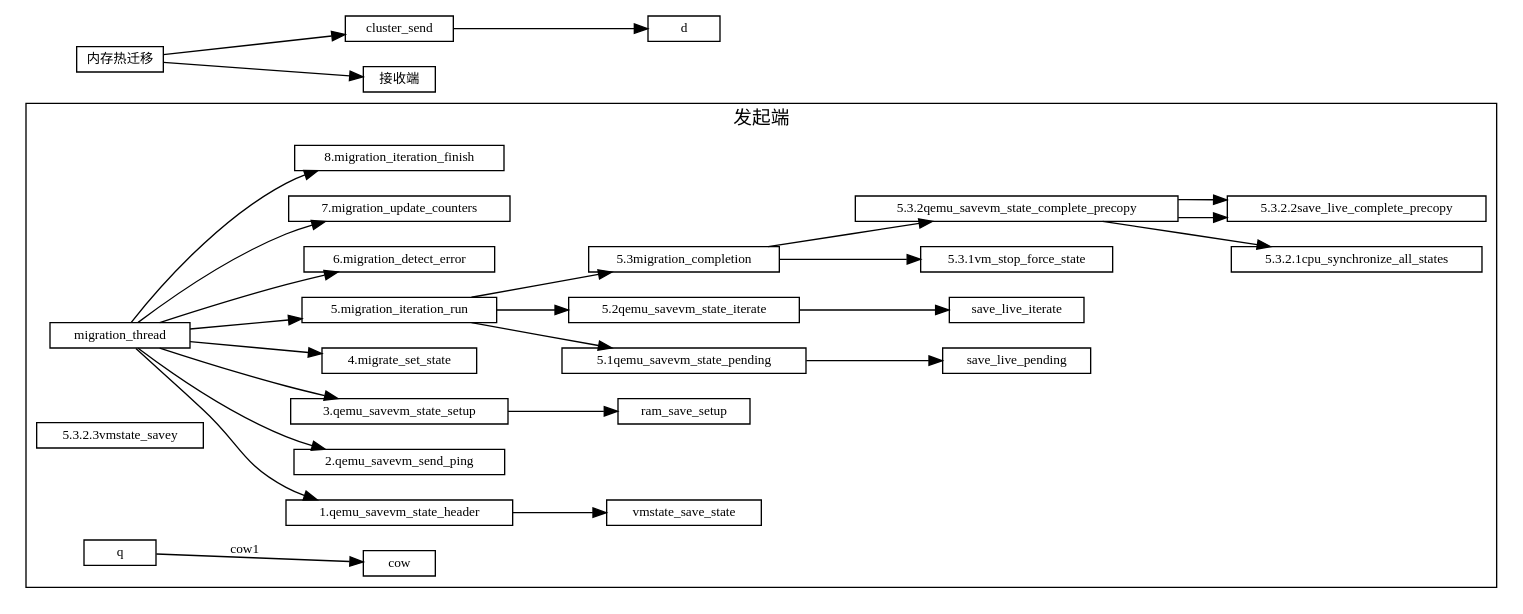
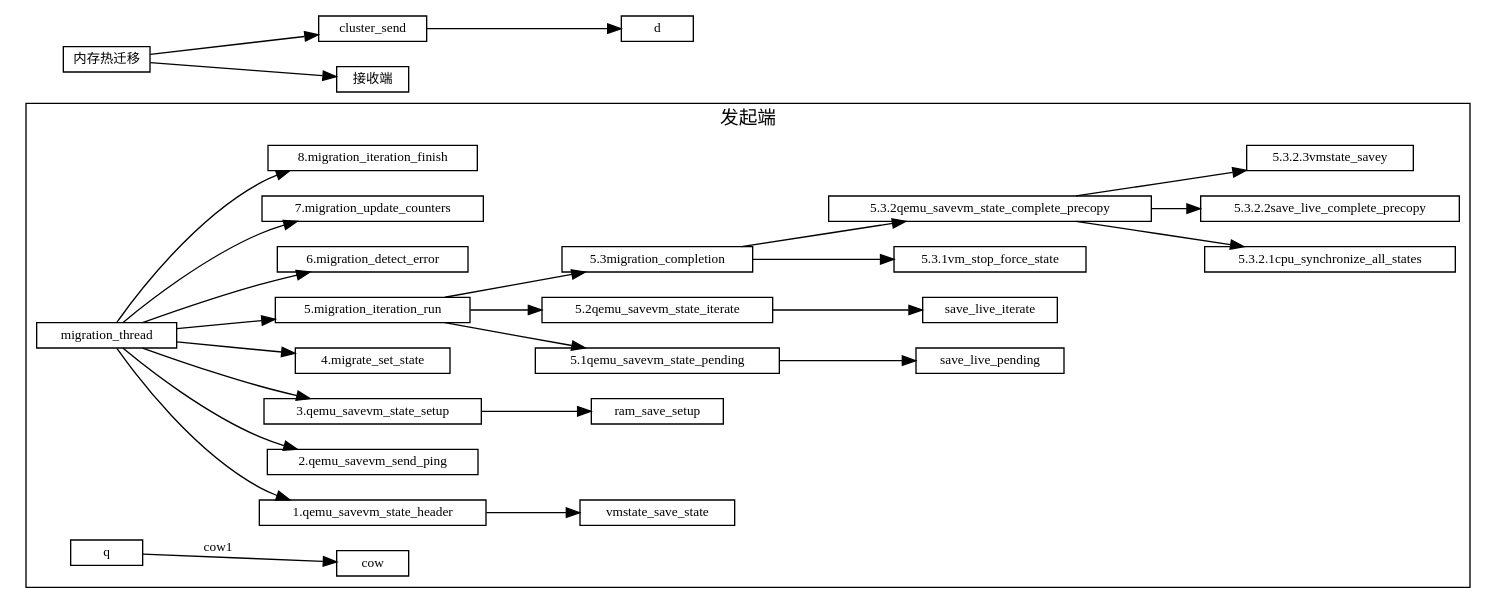
One commit to sisyphus1212/note changed the diagram in 虚拟化/热迁移/1-内存热迁移.md. Above: the diagram before and after it, drawn with Graphviz.

Commit message:
auto_update

````diff
--- a/虚拟化/热迁移/1-内存热迁移.md
+++ b/虚拟化/热迁移/1-内存热迁移.md
@@ -11,66 +11,66 @@
 ```graphviz
 digraph {
 fontname="Helvetica,Arial,sans-serif"
 //node [fontname="Helvetica,Arial,sans-serif"]
 //edge [fontname="Helvetica,Arial,sans-serif"]
 rankdir="LR"
 node [fontsize=10, shape=record, height=0.25]
 edge [fontsize=10]
   subgraph send {
     cluster=true;
     label="发起端";
     qemu_savevm_state_header[label="1.qemu_savevm_state_header"];
     qemu_savevm_send_ping[label="2.qemu_savevm_send_ping"];
     qemu_savevm_state_setup[label="3.qemu_savevm_state_setup"];
     migrate_set_state[label="4.migrate_set_state"];
     migration_iteration_run[label="5.migration_iteration_run"];
 
     migration_detect_error[label="6.migration_detect_error"];
     migration_update_counters[label="7.migration_update_counters"];
     migration_iteration_finish[label="8.migration_iteration_finish"];
 
     migration_thread -> qemu_savevm_state_header
                      -> vmstate_save_state;
     migration_thread -> qemu_savevm_send_ping;
     migration_thread -> qemu_savevm_state_setup
                      -> ram_save_setup;
     migration_thread -> migrate_set_state;
 
     qemu_savevm_state_pending[label="5.1qemu_savevm_state_pending"];
     qemu_savevm_state_iterate[label="5.2qemu_savevm_state_iterate"];
     migration_completion[label="5.3migration_completion"];
 
     vm_stop_force_state[label="5.3.1vm_stop_force_state"]
     qemu_savevm_state_complete_precopy[label="5.3.2qemu_savevm_state_complete_precopy"]
     cpu_synchronize_all_states[label="5.3.2.1cpu_synchronize_all_states"]
     save_live_complete_precopy[label="5.3.2.2save_live_complete_precopy"]
     vmstate_save[label="5.3.2.3vmstate_savey"]
     migration_thread ->
          migration_iteration_run->qemu_savevm_state_pending
                                 ->save_live_pending;
          migration_iteration_run->qemu_savevm_state_iterate
                                 ->save_live_iterate;
          migration_iteration_run->
             migration_completion->vm_stop_force_state;
             migration_completion->qemu_savevm_state_complete_precopy;
             qemu_savevm_state_complete_precopy->cpu_synchronize_all_states;
             qemu_savevm_state_complete_precopy->save_live_complete_precopy;
-            qemu_savevm_state_complete_precopy->save_live_complete_precopy;
+            qemu_savevm_state_complete_precopy->vmstate_save;
 
 
     migration_thread -> migration_detect_error
     migration_thread -> migration_update_counters
     migration_thread -> migration_iteration_finish
 
 
 
     q -> cow[label="cow1"];
   }
 
 内存热迁移 [label="内存热迁移"]
 内存热迁移 -> cluster_send
            -> d
 
 内存热迁移 -> 接收端
 }
 ```
````
